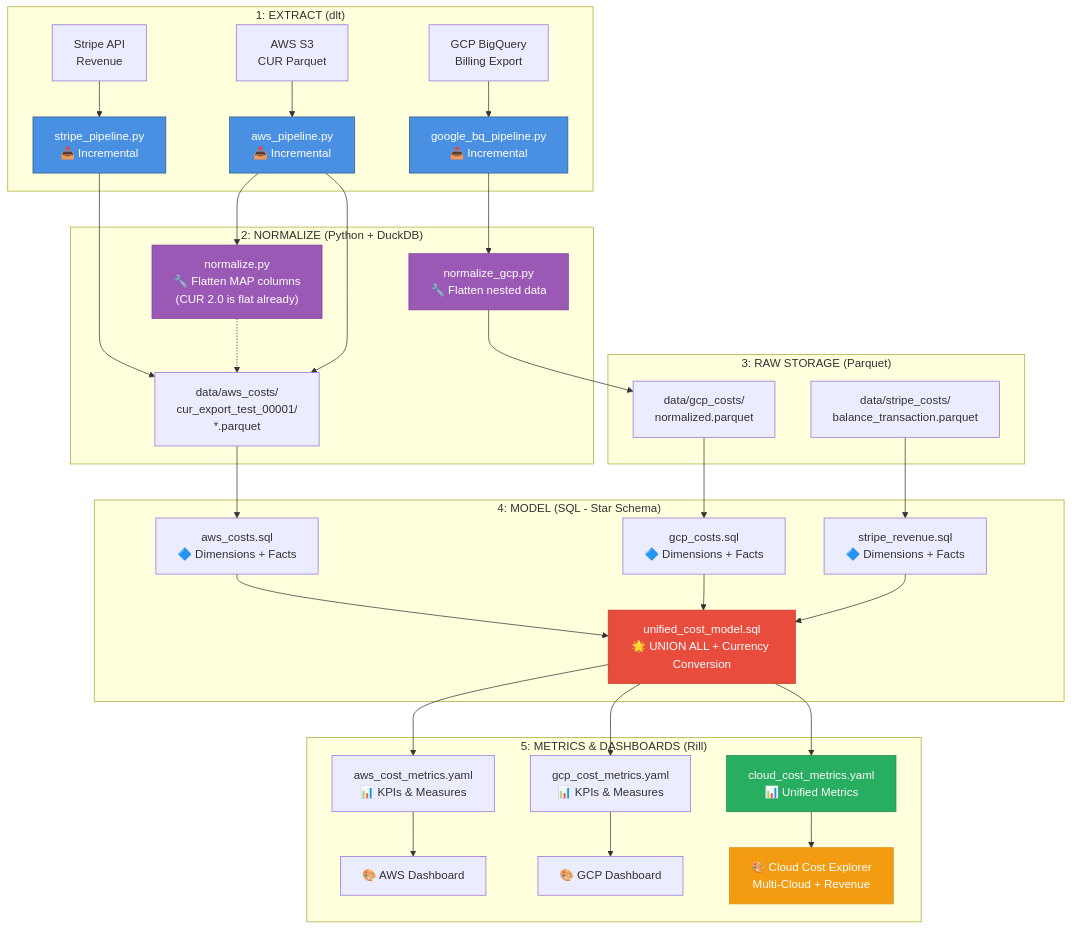
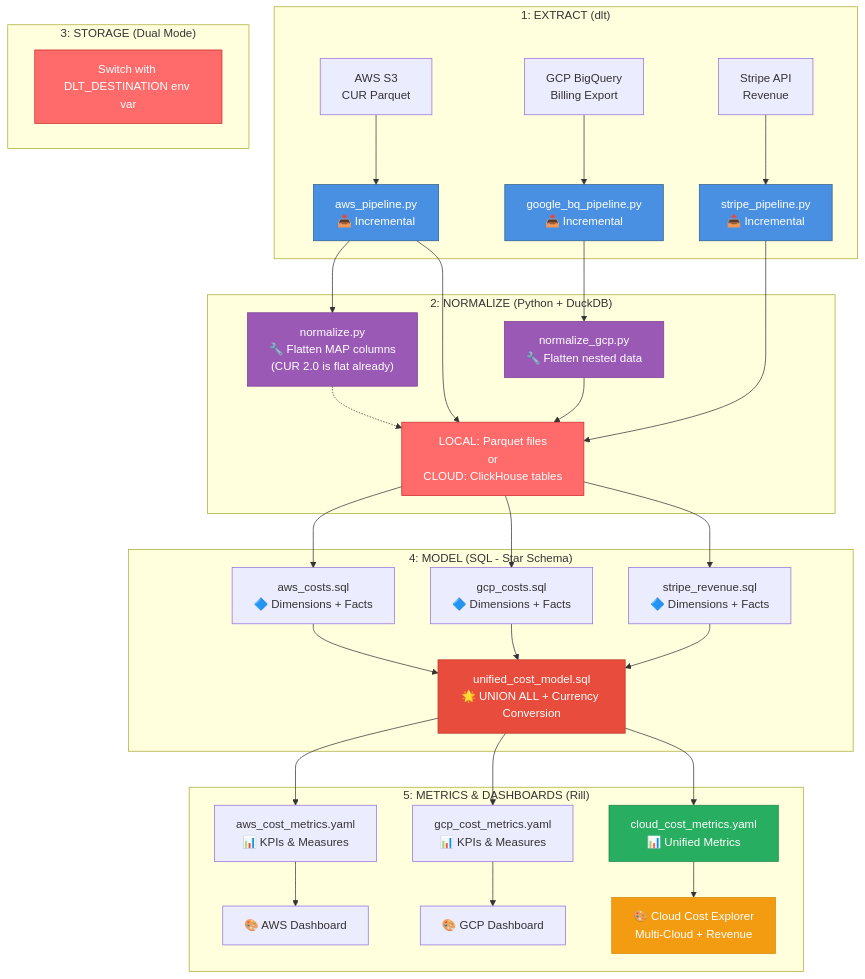
The diagram in README.md (ssp-data/cloud-cost-analyzer), drawn with Mermaid before and after one commit. The commit also changed other lines of this file, not shown here.

Commit message:
update readme with ClickHouse cloud ready version

````diff
--- a/README.md
+++ b/README.md
@@ -257,79 +295,80 @@
 ```mermaid
 graph TB
 
 subgraph "1: EXTRACT (dlt)"
     A1[AWS S3<br/>CUR Parquet]
     A2[GCP BigQuery<br/>Billing Export]
     A3[Stripe API<br/>Revenue]
 
     P1[aws_pipeline.py<br/>📥 Incremental]
     P2[google_bq_pipeline.py<br/>📥 Incremental]
     P3[stripe_pipeline.py<br/>📥 Incremental]
 
     A1 --> P1
     A2 --> P2
     A3 --> P3
 end
 
 subgraph "2: NORMALIZE (Python + DuckDB)"
     N1["normalize.py<br/>🔧 Flatten MAP columns<br/>(CUR 2.0 is flat already)"]
     N2[normalize_gcp.py<br/>🔧 Flatten nested data]
 
     P1 --> N1
     P2 --> N2
     P3 --> R1
 end
 
-subgraph "3: RAW STORAGE (Parquet)"
-    R1[data/aws_costs/<br/>cur_export_test_00001/<br/>*.parquet]
-    R2[data/gcp_costs/<br/>normalized.parquet]
-    R3[data/stripe_costs/<br/>balance_transaction.parquet]
+subgraph "3: STORAGE (Dual Mode)"
+    R1[LOCAL: Parquet files<br/>or<br/>CLOUD: ClickHouse tables]
+    R2[Switch with DLT_DESTINATION env var]
 
     N1 -.-> R1
-    N2 --> R2
+    N2 --> R1
     P1 --> R1
 end
 
 subgraph "4: MODEL (SQL - Star Schema)"
     M1[aws_costs.sql<br/>🔷 Dimensions + Facts]
     M2[gcp_costs.sql<br/>🔷 Dimensions + Facts]
     M3[stripe_revenue.sql<br/>🔷 Dimensions + Facts]
     M4[unified_cost_model.sql<br/>🌟 UNION ALL + Currency Conversion]
 
     R1 --> M1
-    R2 --> M2
-    R3 --> M3
+    R1 --> M2
+    R1 --> M3
 
     M1 --> M4
     M2 --> M4
     M3 --> M4
 end
 
 subgraph "5: METRICS & DASHBOARDS (Rill)"
     MV1[aws_cost_metrics.yaml<br/>📊 KPIs & Measures]
     MV2[gcp_cost_metrics.yaml<br/>📊 KPIs & Measures]
     MV3[cloud_cost_metrics.yaml<br/>📊 Unified Metrics]
 
     D1[🎨 AWS Dashboard]
     D2[🎨 GCP Dashboard]
     D3[🎨 Cloud Cost Explorer<br/>Multi-Cloud + Revenue]
 
     M4 --> MV1
     M4 --> MV2
     M4 --> MV3
 
     MV1 --> D1
     MV2 --> D2
     MV3 --> D3
 end
 
 style P1 fill:#4A90E2,stroke:#2E5C8A,color:#fff
 style P2 fill:#4A90E2,stroke:#2E5C8A,color:#fff
 style P3 fill:#4A90E2,stroke:#2E5C8A,color:#fff
 style N1 fill:#9B59B6,stroke:#7D3C98,color:#fff
 style N2 fill:#9B59B6,stroke:#7D3C98,color:#fff
+style R1 fill:#FF6B6B,stroke:#C92A2A,color:#fff
+style R2 fill:#FF6B6B,stroke:#C92A2A,color:#fff
 style M4 fill:#E74C3C,stroke:#C0392B,color:#fff
 style MV3 fill:#27AE60,stroke:#1E8449,color:#fff
 style D3 fill:#F39C12,stroke:#D68910,color:#fff
 
 ```
````
